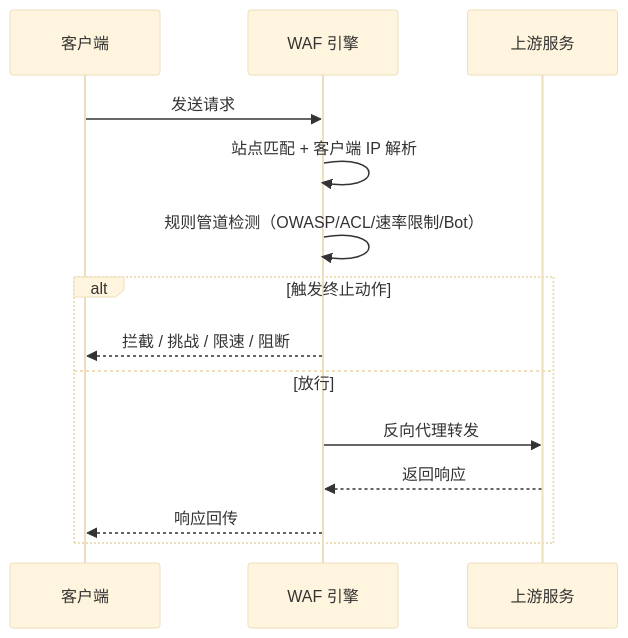
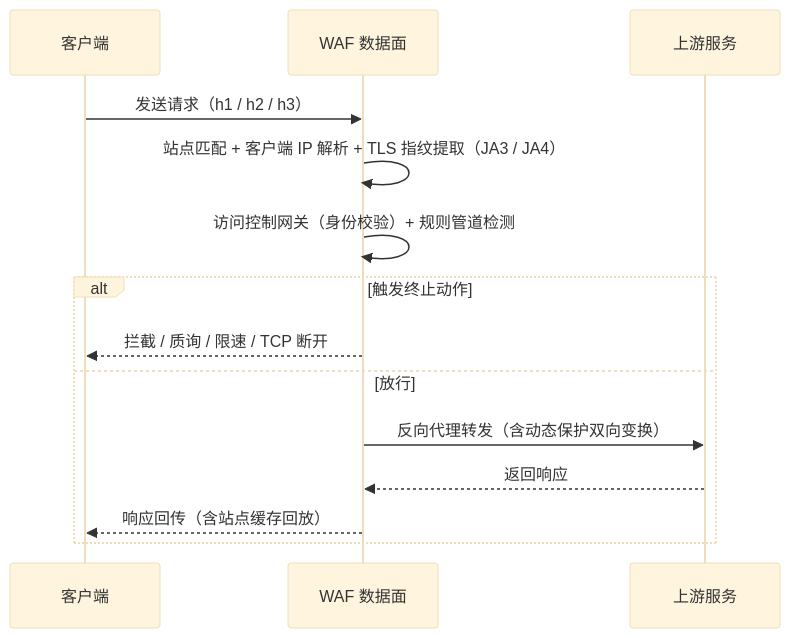
The second of 3 diagrams in README.md (x01n/My-OpenWaf), drawn with Mermaid (base theme) before and after one commit. The commit also changed other lines of this file and 36 other files, not shown here.

````diff
--- a/README.md
+++ b/README.md
@@ -51,17 +56,17 @@
 ```mermaid
 sequenceDiagram
   participant C as 客户端
-  participant W as WAF 引擎
+  participant W as WAF 数据面
   participant U as 上游服务
 
-  C->>W: 发送请求
-  W->>W: 站点匹配 + 客户端 IP 解析
-  W->>W: 规则管道检测（OWASP/ACL/速率限制/Bot）
+  C->>W: 发送请求（h1 / h2 / h3）
+  W->>W: 站点匹配 + 客户端 IP 解析 + TLS 指纹提取（JA3 / JA4）
+  W->>W: 访问控制网关（身份校验）+ 规则管道检测
   alt 触发终止动作
-    W-->>C: 拦截 / 挑战 / 限速 / 阻断
+    W-->>C: 拦截 / 质询 / 限速 / TCP 断开
   else 放行
-    W->>U: 反向代理转发
+    W->>U: 反向代理转发（含动态保护双向变换）
     U-->>W: 返回响应
-    W-->>C: 响应回传
+    W-->>C: 响应回传（含站点缓存回放）
   end
 ```
````
